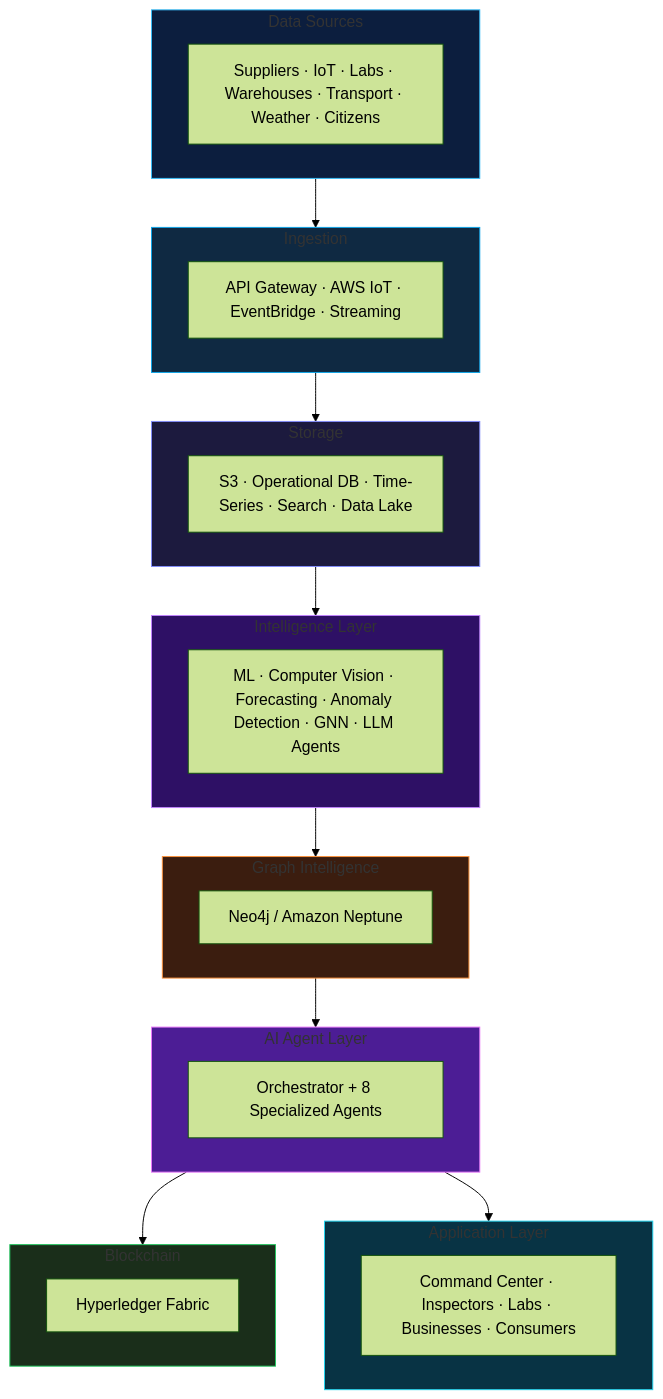
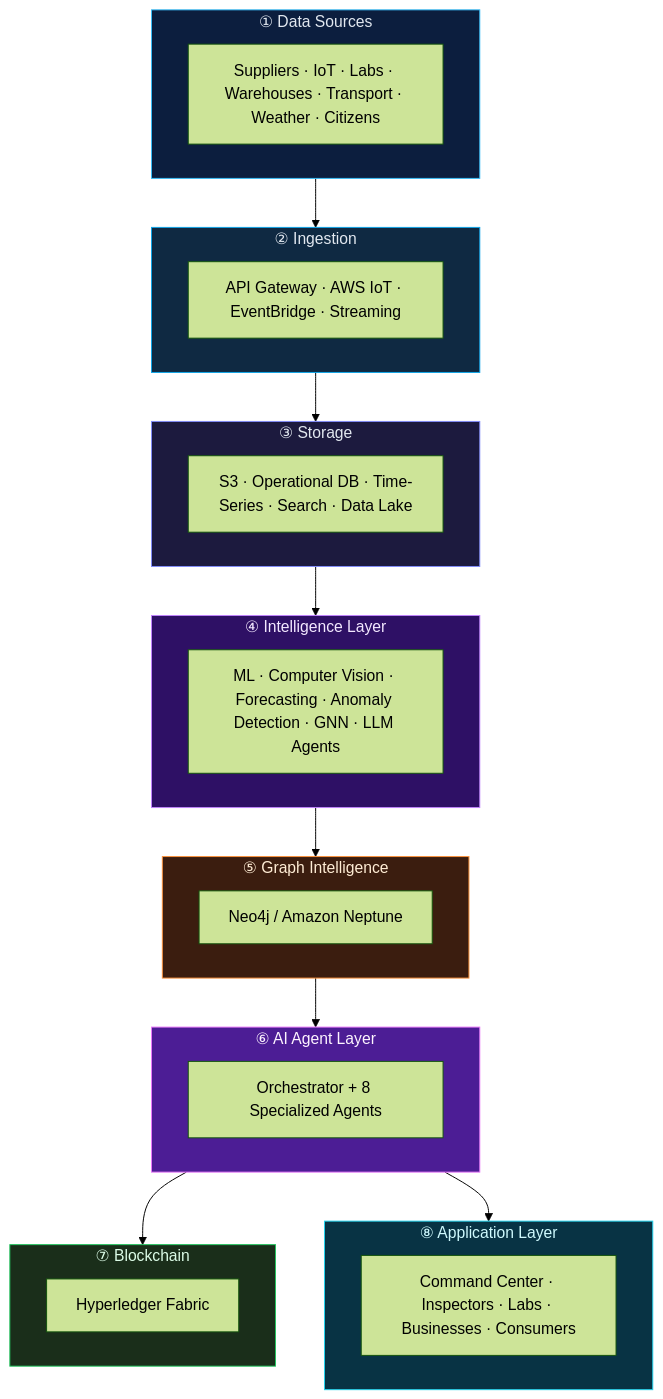
Before and after one commit to codeejb/Foodguard: the fifth of 14 diagrams in README.md, drawn with Mermaid (forest theme). The commit also changed other lines of this file, not shown here.

````diff
--- a/README.md
+++ b/README.md
@@ -98,41 +151,41 @@
 ```mermaid
 flowchart TB
-    subgraph L1["Data Sources"]
-        A1[Suppliers · IoT · Labs · Warehouses · Transport · Weather · Citizens]
+    subgraph L1["① Data Sources"]
+        A1["Suppliers · IoT · Labs · Warehouses · Transport · Weather · Citizens"]
     end
-    subgraph L2["Ingestion"]
-        B1[API Gateway · AWS IoT · EventBridge · Streaming]
+    subgraph L2["② Ingestion"]
+        B1["API Gateway · AWS IoT · EventBridge · Streaming"]
     end
-    subgraph L3["Storage"]
-        C1[S3 · Operational DB · Time-Series · Search · Data Lake]
+    subgraph L3["③ Storage"]
+        C1["S3 · Operational DB · Time-Series · Search · Data Lake"]
     end
-    subgraph L4["Intelligence Layer"]
-        D1[ML · Computer Vision · Forecasting · Anomaly Detection · GNN · LLM Agents]
+    subgraph L4["④ Intelligence Layer"]
+        D1["ML · Computer Vision · Forecasting · Anomaly Detection · GNN · LLM Agents"]
     end
-    subgraph L5["Graph Intelligence"]
-        E1[Neo4j / Amazon Neptune]
+    subgraph L5["⑤ Graph Intelligence"]
+        E1["Neo4j / Amazon Neptune"]
     end
-    subgraph L6["AI Agent Layer"]
-        F1[Orchestrator + 8 Specialized Agents]
+    subgraph L6["⑥ AI Agent Layer"]
+        F1["Orchestrator + 8 Specialized Agents"]
     end
-    subgraph L7["Blockchain"]
-        G1[Hyperledger Fabric]
+    subgraph L7["⑦ Blockchain"]
+        G1["Hyperledger Fabric"]
     end
-    subgraph L8["Application Layer"]
-        H1[Command Center · Inspectors · Labs · Businesses · Consumers]
+    subgraph L8["⑧ Application Layer"]
+        H1["Command Center · Inspectors · Labs · Businesses · Consumers"]
     end
 
     L1 --> L2 --> L3 --> L4
     L4 --> L5 --> L6
     L6 --> L7
     L6 --> L8
 
-    style L1 fill:#0c1e3e,stroke:#38bdf8
-    style L2 fill:#0f2942,stroke:#0ea5e9
-    style L3 fill:#1c1a3e,stroke:#818cf8
-    style L4 fill:#2e1065,stroke:#c084fc
-    style L5 fill:#3b1d0f,stroke:#fb923c
-    style L6 fill:#4c1d95,stroke:#e879f9
-    style L7 fill:#1a2e1a,stroke:#22c55e
-    style L8 fill:#083344,stroke:#22d3ee
+    style L1 fill:#0c1e3e,stroke:#38bdf8,color:#e2e8f0
+    style L2 fill:#0f2942,stroke:#0ea5e9,color:#e2e8f0
+    style L3 fill:#1c1a3e,stroke:#818cf8,color:#e2e8f0
+    style L4 fill:#2e1065,stroke:#c084fc,color:#f3e8ff
+    style L5 fill:#3b1d0f,stroke:#fb923c,color:#ffedd5
+    style L6 fill:#4c1d95,stroke:#e879f9,color:#fdf4ff
+    style L7 fill:#1a2e1a,stroke:#22c55e,color:#dcfce7
+    style L8 fill:#083344,stroke:#22d3ee,color:#cffafe
 ```
````
